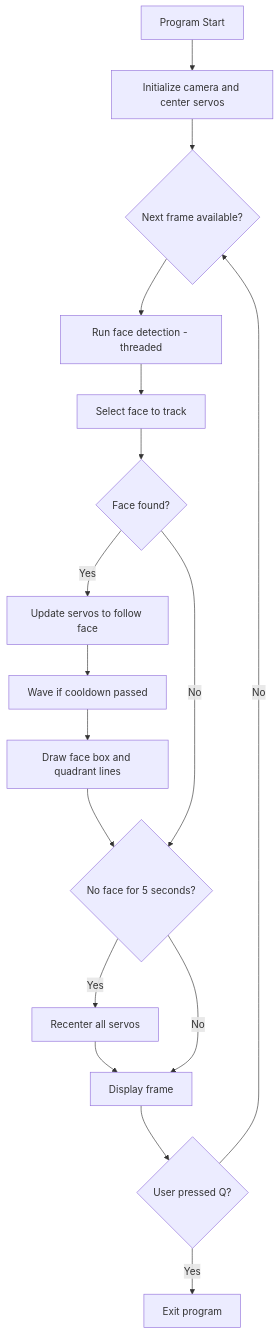
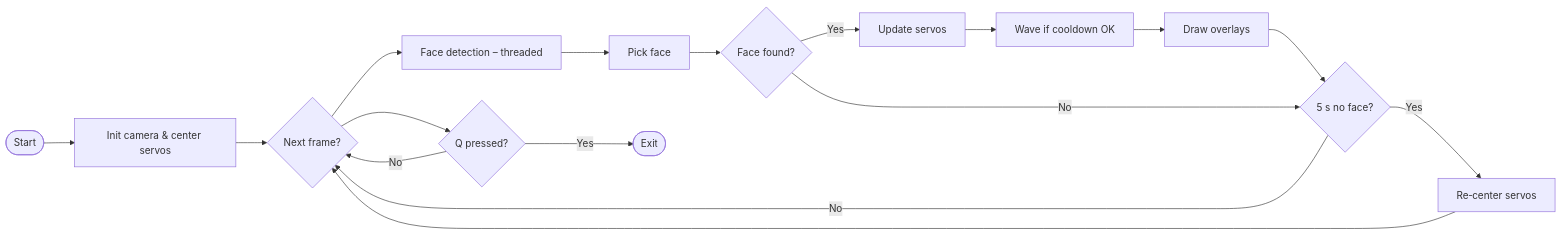
One commit to Jscina/Wavebot changed the diagram in README.md. Above: the diagram before and after it, drawn with Mermaid. The commit also changed 3 other files, not shown here.

````diff
--- a/README.md
+++ b/README.md
@@ -96,29 +96,27 @@
 ```mermaid
-flowchart TD
-    Start[Program Start]
-    Init[Initialize camera and center servos]
-    Loop{Next frame available?}
-    Detect[Run face detection - threaded]
-    Pick[Select face to track]
+flowchart LR
+    Start([Start])
+    Init[Init camera & center servos]
+    Frame{Next frame?}
+    Detect[Face detection – threaded]
+    Pick[Pick face]
     Found{Face found?}
-    Track[Update servos to follow face]
-    Wave[Wave if cooldown passed]
-    Draw[Draw face box and quadrant lines]
-    Timeout{No face for 5 seconds?}
-    Center[Recenter all servos]
-    Show[Display frame]
-    Quit{User pressed Q?}
-    Exit[Exit program]
+    Track[Update servos]
+    Wave[Wave if cooldown OK]
+    Draw[Draw overlays]
+    Timeout{5 s no face?}
+    Center[Re‑center servos]
+    Quit{Q pressed?}
+    End([Exit])
 
-    Start --> Init --> Loop
-    Loop --> Detect --> Pick --> Found
-
+    Start --> Init --> Frame
+    Frame --> Detect --> Pick
+    Pick --> Found
     Found -- Yes --> Track --> Wave --> Draw --> Timeout
-    Timeout -- Yes --> Center --> Show
-    Timeout -- No --> Show
-    Show --> Quit
-    Quit -- No --> Loop
-    Quit -- Yes --> Exit
-
-    Found -- No --> Timeout
+    Found -- No  --> Timeout
+    Timeout -- Yes --> Center --> Frame
+    Timeout -- No  --> Frame
+    Frame --> Quit
+    Quit -- Yes --> End
+    Quit -- No  --> Frame
 ```
````
